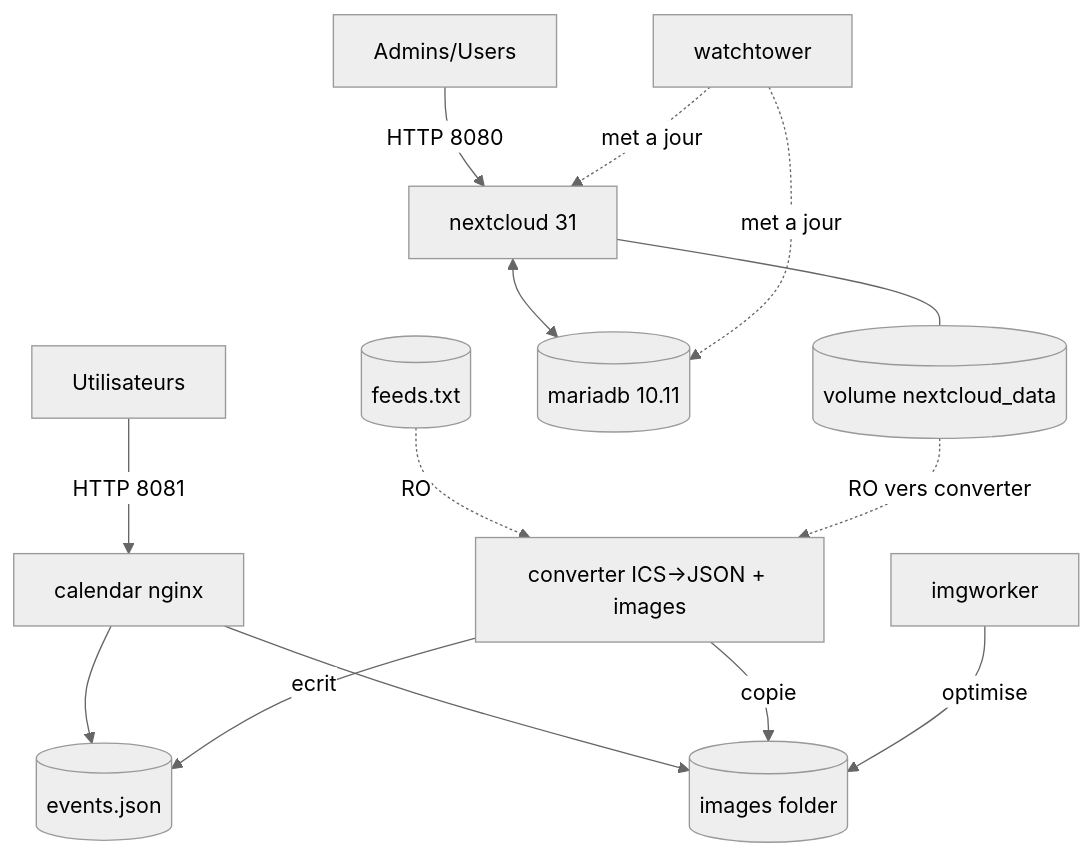
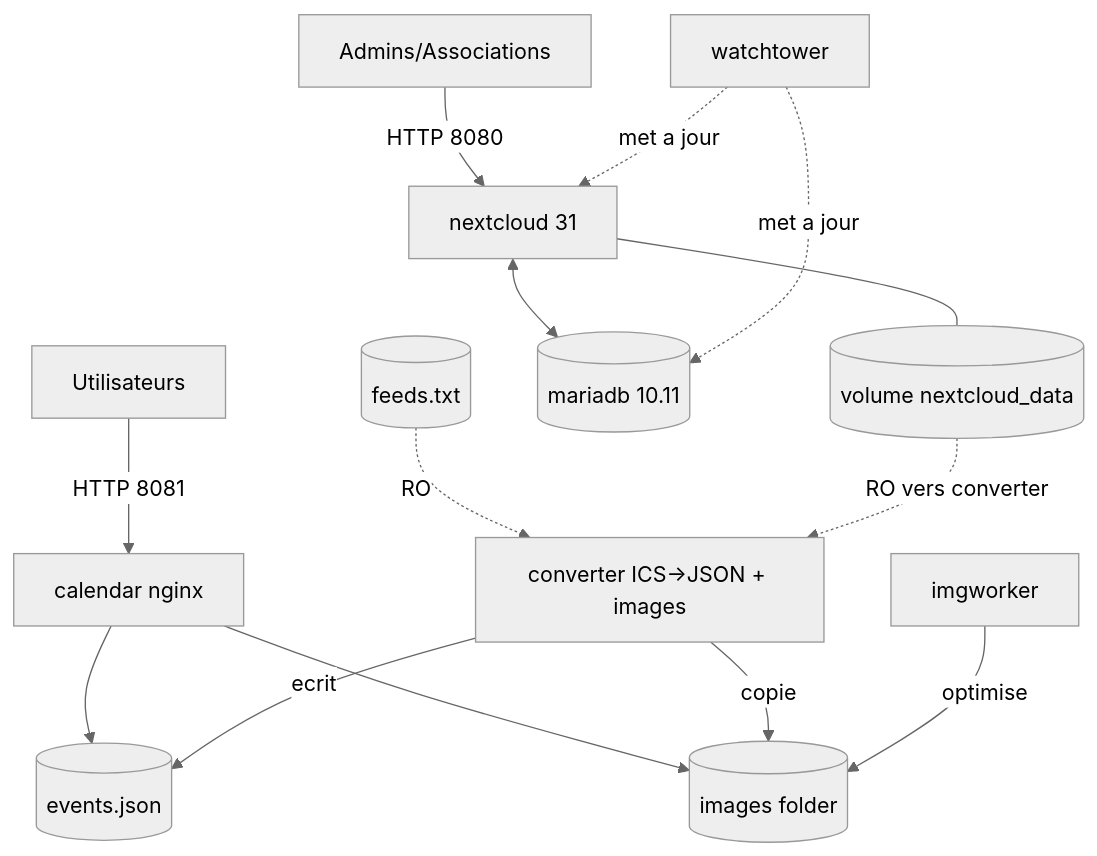
The diagram in README.md (hamoncode/dockerStackCalendrier), drawn with Mermaid (neutral theme) before and after one commit.

Commit message:
définition de notre solution

````diff
--- a/README.md
+++ b/README.md
@@ -27,21 +27,21 @@
 ```mermaid
 flowchart TD
   U[Utilisateurs] -->|HTTP 8081| CAL[calendar nginx]
   CAL --> EVENTS[(events.json)]
   CAL --> IMGS[(images folder)]
 
   FEEDS[(feeds.txt)] -. RO .-> CV[converter ICS->JSON + images]
   CV -->|ecrit| EVENTS
   CV -->|copie| IMGS
 
-  ADM[Admins/Users] -->|HTTP 8080| NC[nextcloud 31]
+  ADM[Admins/Associations] -->|HTTP 8080| NC[nextcloud 31]
   NC <--> DB[(mariadb 10.11)]
   NC --- NCD[(volume nextcloud_data)]
   NCD -. RO vers converter .-> CV
 
   IMGW[imgworker] -->|optimise| IMGS
 
   WT[watchtower] -. met a jour .-> NC
   WT -. met a jour .-> DB
 
 ```
````
